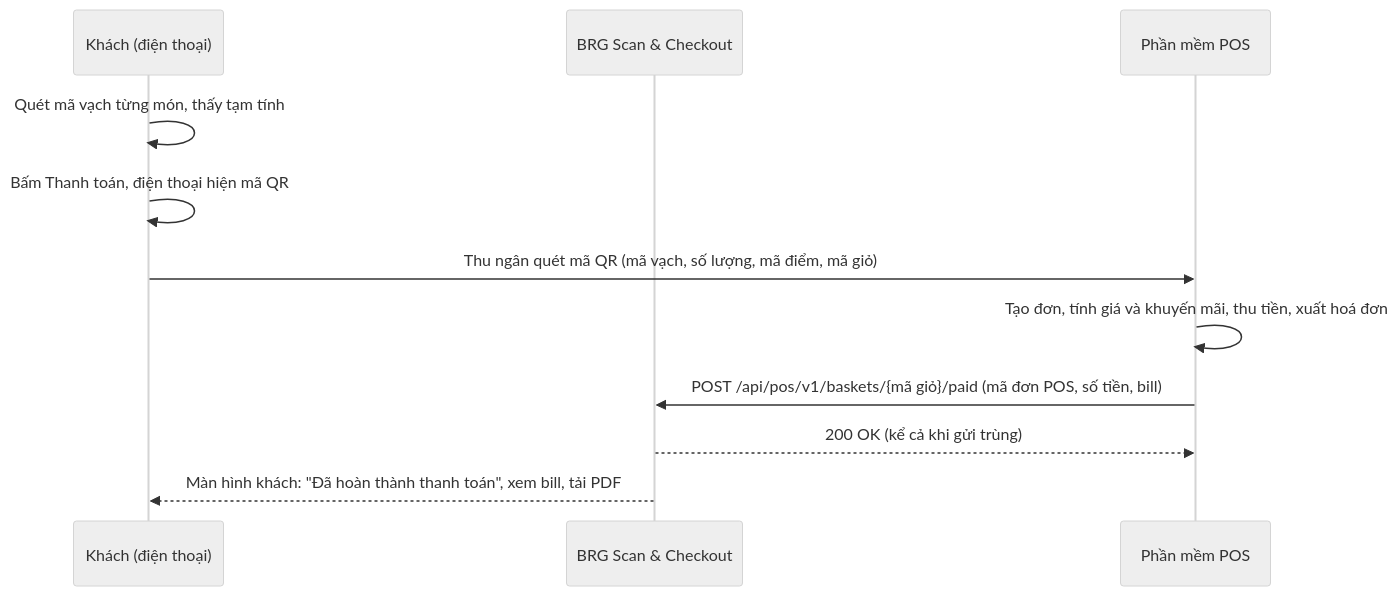
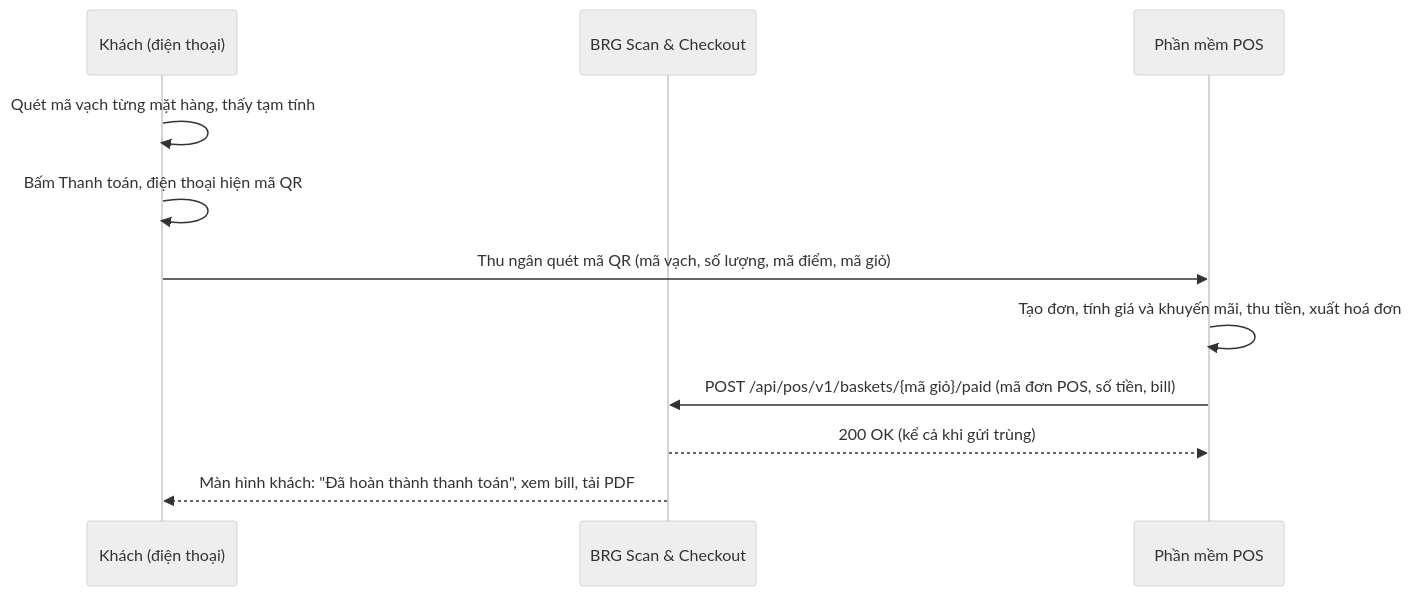
One commit to pth8081/Self-Checkout changed the diagram in docs/api-qr-gio-hang.md. Above: the diagram before and after it, drawn with Mermaid (neutral theme). The commit also changed other lines of this file and 43 other files, not shown here.

First line of the commit message:
Đổi cách gọi từ "món" sang "mặt hàng" trong ứng dụng và toàn bộ tài liệu

````diff
--- a/docs/api-qr-gio-hang.md
+++ b/docs/api-qr-gio-hang.md
@@ -10,13 +10,13 @@
 ```mermaid
 sequenceDiagram
     participant K as Khách (điện thoại)
     participant B as BRG Scan & Checkout
     participant P as Phần mềm POS
-    K->>K: Quét mã vạch từng món, thấy tạm tính
+    K->>K: Quét mã vạch từng mặt hàng, thấy tạm tính
     K->>K: Bấm Thanh toán, điện thoại hiện mã QR
     K->>P: Thu ngân quét mã QR (mã vạch, số lượng, mã điểm, mã giỏ)
     P->>P: Tạo đơn, tính giá và khuyến mãi, thu tiền, xuất hoá đơn
     P->>B: POST /api/pos/v1/baskets/{mã giỏ}/paid (mã đơn POS, số tiền, bill)
     B-->>P: 200 OK (kể cả khi gửi trùng)
     B-->>K: Màn hình khách: "Đã hoàn thành thanh toán", xem bill, tải PDF
 ```
````
